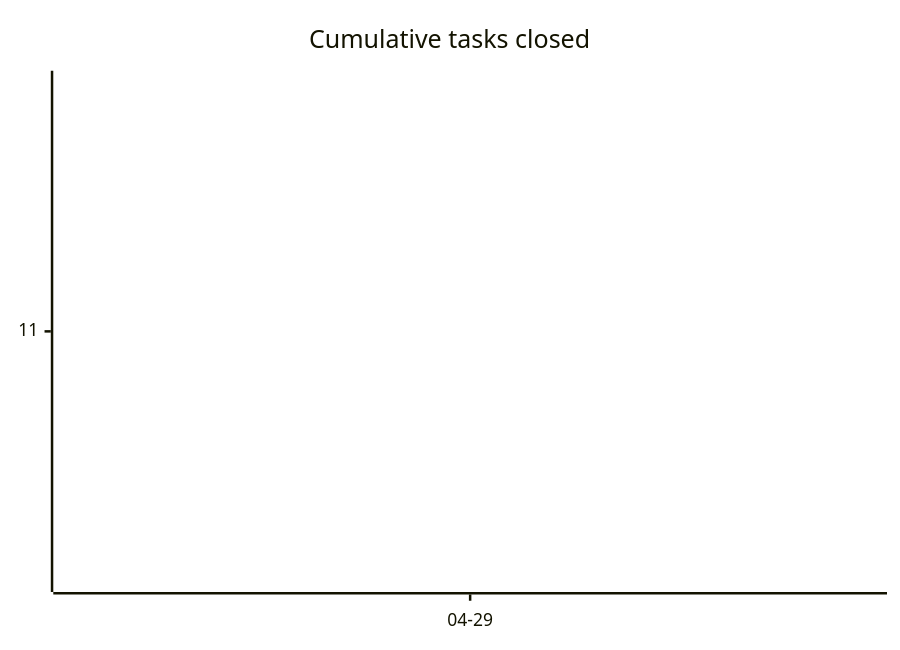
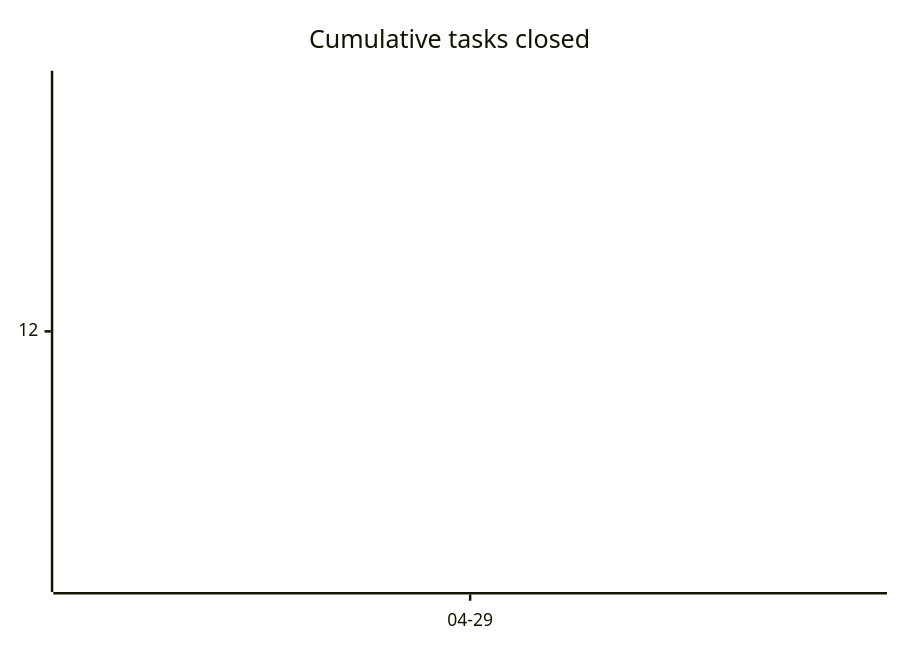
Before and after one commit to tgd1975/AwesomeStudioPedal: the first of 3 diagrams in docs/developers/tasks/OVERVIEW.md, drawn with Mermaid. The commit also changed other lines of this file and 5 other files, not shown here.

````diff
--- a/docs/developers/tasks/OVERVIEW.md
+++ b/docs/developers/tasks/OVERVIEW.md
@@ -20,6 +20,6 @@
 ```mermaid
 xychart-beta
     title "Cumulative tasks closed"
     x-axis ["04-29"]
-    line [11]
+    line [12]
 ```
````
